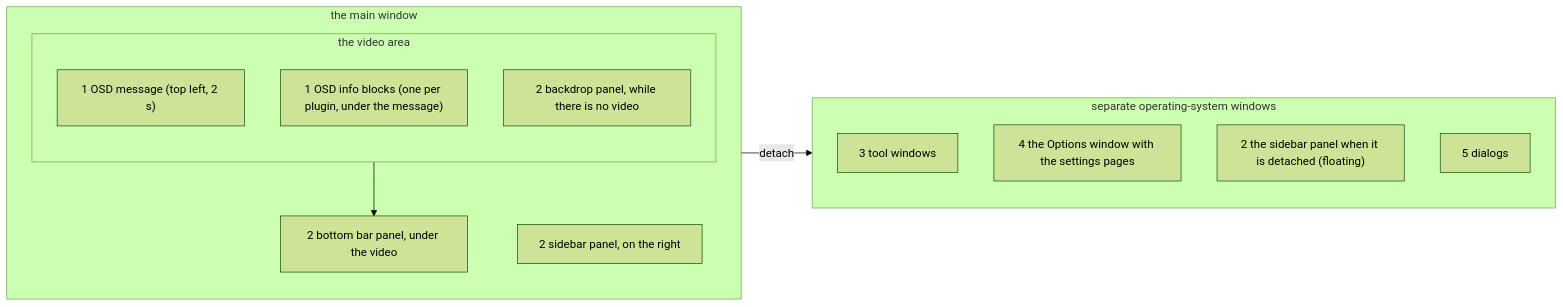
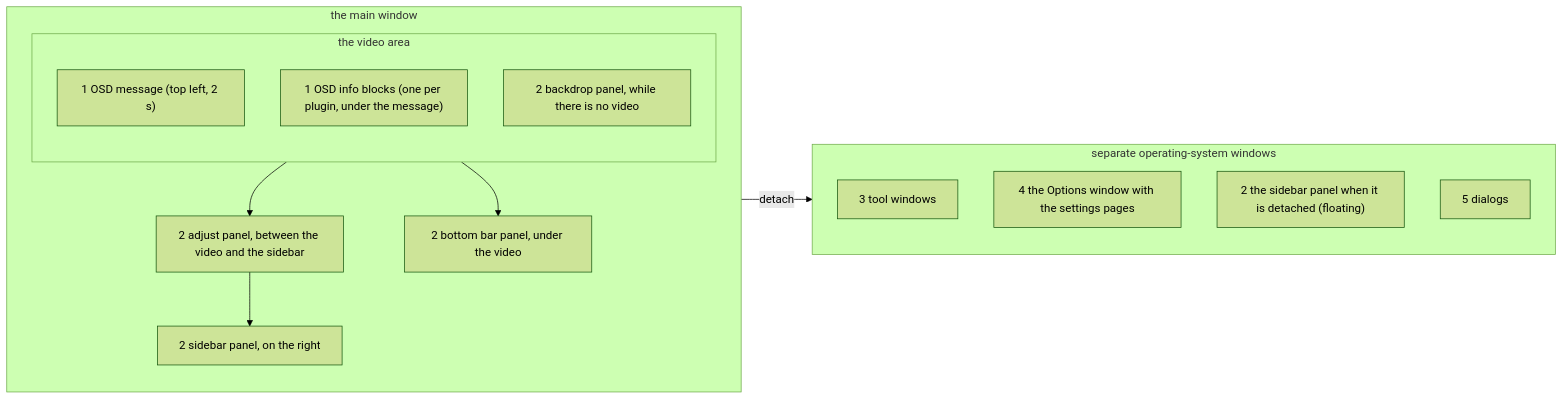
Before and after one commit to vestrasys/vestra-player-sdk: the first of 4 diagrams in docs/explanation/ui.md, drawn with Mermaid (forest theme). The commit also changed other lines of this file and 28 other files, not shown here.

````diff
--- a/docs/explanation/ui.md
+++ b/docs/explanation/ui.md
@@ -14,23 +14,26 @@
 ```mermaid
 flowchart LR
     subgraph MAIN["the main window"]
         direction TB
         subgraph VIDEO["the video area"]
             direction TB
             OSD1["1 OSD message (top left, 2 s)"]
             OSD2["1 OSD info blocks (one per plugin, under the message)"]
             BD["2 backdrop panel, while there is no video"]
         end
         BAR["2 bottom bar panel, under the video"]
+        ADJ["2 adjust panel, between the video and the sidebar"]
         SIDE["2 sidebar panel, on the right"]
     end
     subgraph OWN["separate operating-system windows"]
         direction TB
         TW["3 tool windows"]
         OPT["4 the Options window with the settings pages"]
         FL["2 the sidebar panel when it is detached (floating)"]
         DLG["5 dialogs"]
     end
     VIDEO --> BAR
+    VIDEO --> ADJ
+    ADJ --> SIDE
     SIDE -- "detach" --> FL
 ```
````
